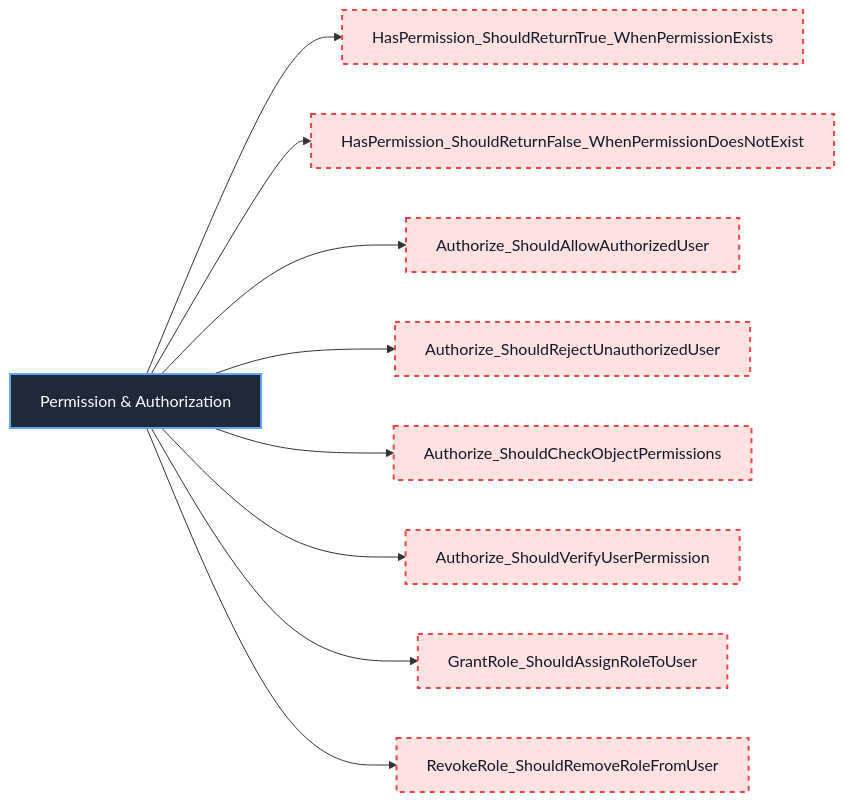
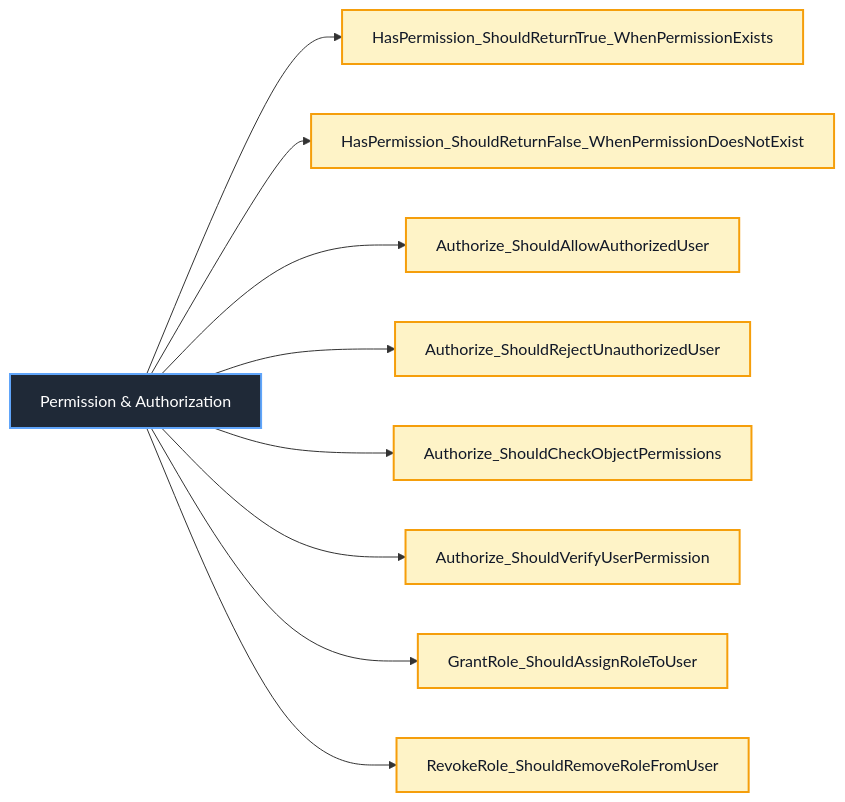
One commit to Hagiakhanh/bbv-dbms changed diagram 52 of 53 in docs/sequence-diagrams/README.md. Above: the diagram before and after it, drawn with Mermaid. The commit also changed other lines of this file and 30 other files, not shown here.

````diff
--- a/docs/sequence-diagrams/README.md
+++ b/docs/sequence-diagrams/README.md
@@ -1853,20 +1854,20 @@
 ```mermaid
 flowchart LR
     ClassNode["Permission & Authorization"]
 
     ClassNode --> Permission___Authorization_1["HasPermission_ShouldReturnTrue_WhenPermissionExists"]
     ClassNode --> Permission___Authorization_2["HasPermission_ShouldReturnFalse_WhenPermissionDoesNotExist"]
     ClassNode --> Permission___Authorization_3["Authorize_ShouldAllowAuthorizedUser"]
     ClassNode --> Permission___Authorization_4["Authorize_ShouldRejectUnauthorizedUser"]
     ClassNode --> Permission___Authorization_5["Authorize_ShouldCheckObjectPermissions"]
     ClassNode --> Permission___Authorization_6["Authorize_ShouldVerifyUserPermission"]
     ClassNode --> Permission___Authorization_7["GrantRole_ShouldAssignRoleToUser"]
     ClassNode --> Permission___Authorization_8["RevokeRole_ShouldRemoveRoleFromUser"]
 
     classDef classNode fill:#1f2937,stroke:#60a5fa,color:#ffffff,stroke-width:2px
     classDef completedTest fill:#dcfce7,stroke:#22c55e,color:#111827,stroke-width:2px
-    classDef missingTest fill:#fee2e2,stroke:#ef4444,color:#111827,stroke-width:2px,stroke-dasharray:5 5
+    classDef redPhaseTest fill:#fef3c7,stroke:#f59e0b,color:#111827,stroke-width:2px
 
     class ClassNode classNode
-    class Permission___Authorization_1,Permission___Authorization_2,Permission___Authorization_3,Permission___Authorization_4,Permission___Authorization_5,Permission___Authorization_6,Permission___Authorization_7,Permission___Authorization_8 missingTest
+    class Permission___Authorization_1,Permission___Authorization_2,Permission___Authorization_3,Permission___Authorization_4,Permission___Authorization_5,Permission___Authorization_6,Permission___Authorization_7,Permission___Authorization_8 redPhaseTest
 ```
````
